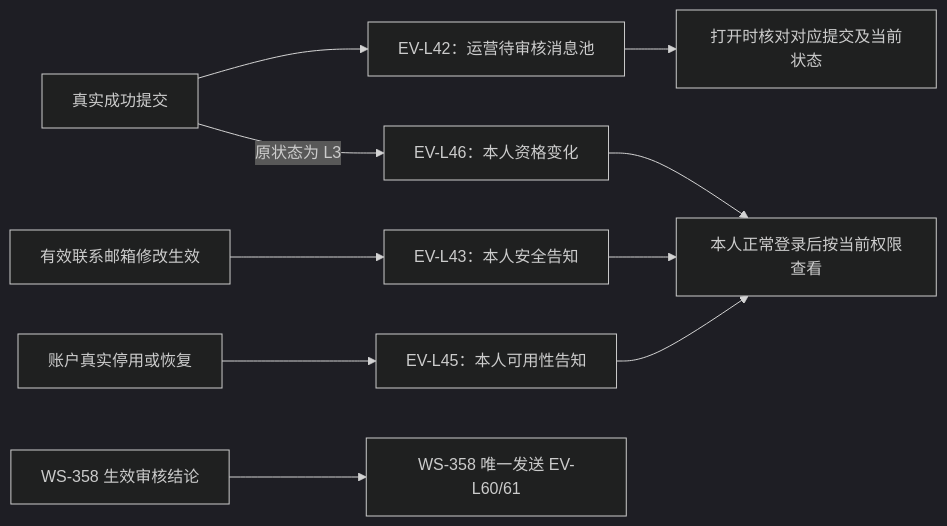
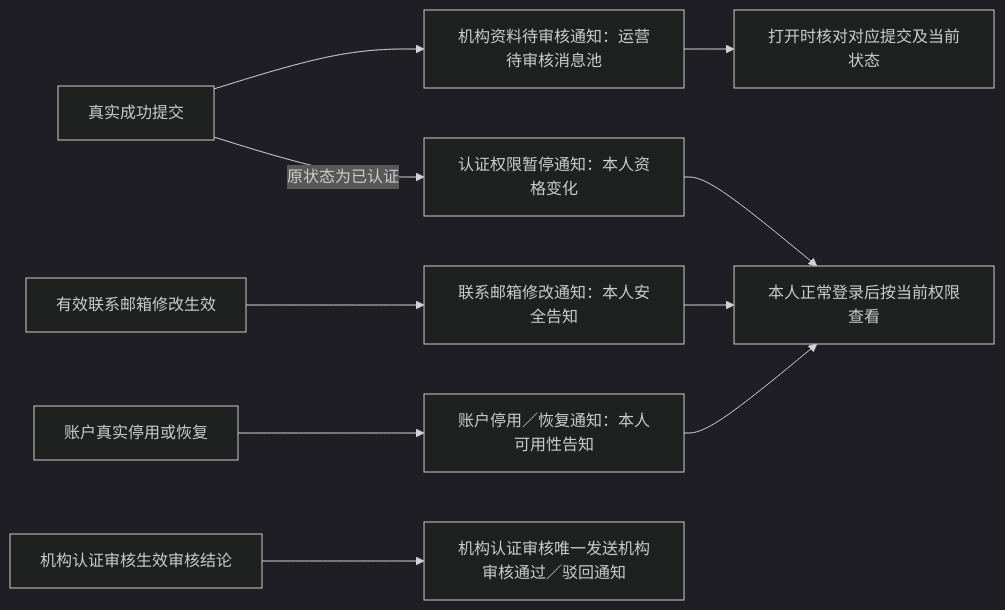
The sixth of 9 diagrams in lending-platform/PRD/v2.0-登录与账户体系/02-资金方登录与账户体系-流程图与状态机.md (wxblockchain/Chain-Financing), drawn with Mermaid (dark theme) before and after one commit. The commit also changed other lines of this file and 2 other files, not shown here.

````diff
--- a/lending-platform/PRD/v2.0-登录与账户体系/02-资金方登录与账户体系-流程图与状态机.md
+++ b/lending-platform/PRD/v2.0-登录与账户体系/02-资金方登录与账户体系-流程图与状态机.md
@@ -154,12 +154,12 @@
 ```mermaid
 flowchart LR
-    A[真实成功提交] --> O[EV-L42：运营待审核消息池]
-    A -->|原状态为 L3| F[EV-L46：本人资格变化]
-    B[有效联系邮箱修改生效] --> G[EV-L43：本人安全告知]
-    C[账户真实停用或恢复] --> H[EV-L45：本人可用性告知]
-    D[WS-358 生效审核结论] --> I[WS-358 唯一发送 EV-L60/61]
+    A[真实成功提交] --> O[机构资料待审核通知：运营待审核消息池]
+    A -->|原状态为已认证| F[认证权限暂停通知：本人资格变化]
+    B[有效联系邮箱修改生效] --> G[联系邮箱修改通知：本人安全告知]
+    C[账户真实停用或恢复] --> H[账户停用／恢复通知：本人可用性告知]
+    D[机构认证审核生效审核结论] --> I[机构认证审核唯一发送机构审核通过／驳回通知]
     O --> J[打开时核对对应提交及当前状态]
     F --> K[本人正常登录后按当前权限查看]
     G --> K
     H --> K
 ```
````
